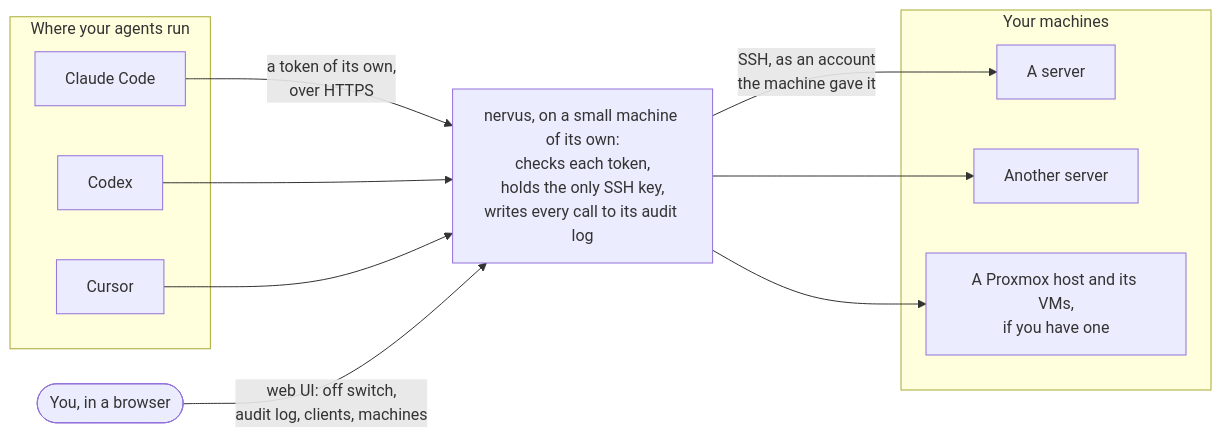
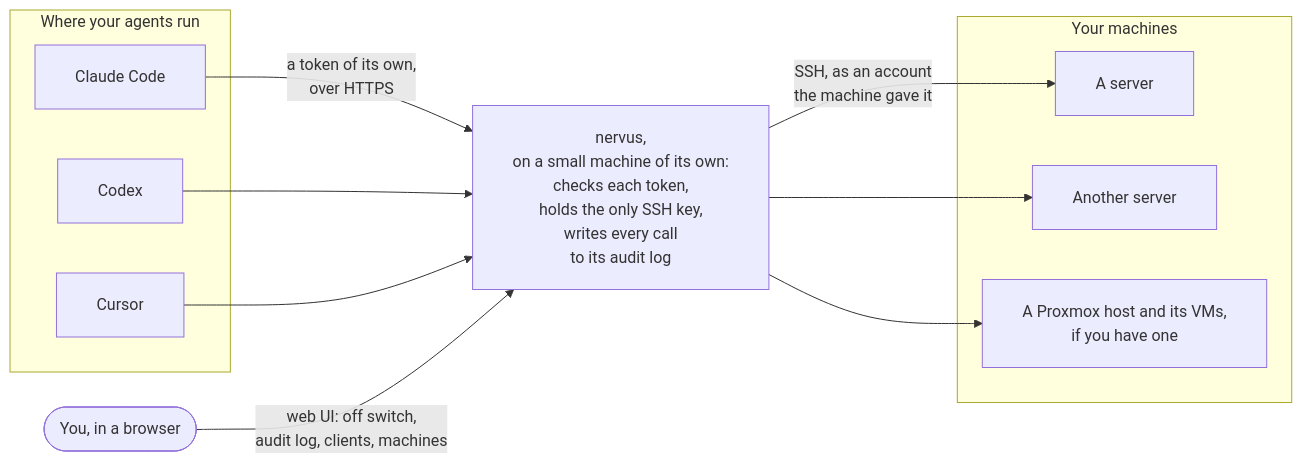
Before and after one commit to ASeabrook36/nervus: the first of 3 diagrams in README.md, drawn with Mermaid. The commit also changed other lines of this file and 4 other files, not shown here.

````diff
--- a/README.md
+++ b/README.md
@@ -41,24 +41,24 @@
 ```mermaid
-%%{init: {"flowchart": {"diagramPadding": 200}}}%%
+%%{init: {"flowchart": {"diagramPadding": 200, "wrappingWidth": 400, "padding": 20}}}%%
 flowchart LR
     subgraph clients["Where your agents run"]
         c1["Claude Code"]
         c2["Codex"]
         c3["Cursor"]
     end
     you(["You, in a browser"])
-    n["nervus, on a small machine of its own:<br/>checks each token,<br/>holds the only SSH key,<br/>writes every call to its audit log"]
+    n["nervus,<br/>on a small machine of its own:<br/>checks each token,<br/>holds the only SSH key,<br/>writes every call<br/>to its audit log"]
     subgraph fleet["Your machines"]
         m1["A server"]
         m2["Another server"]
         px["A Proxmox host and its VMs,<br/>if you have one"]
     end
 
     c1 -- "a token of its own,<br/>over HTTPS" --> n
     c2 --> n
     c3 --> n
     you -- "web UI: off switch,<br/>audit log, clients, machines" --> n
     n -- "SSH, as an account<br/>the machine gave it" --> m1
     n --> m2
     n --> px
 ```
````
